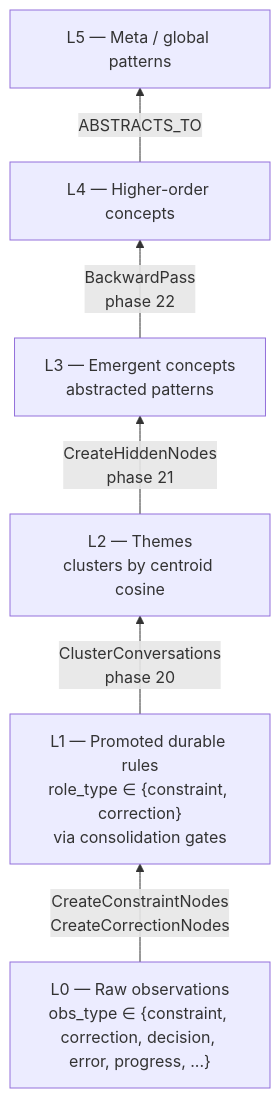
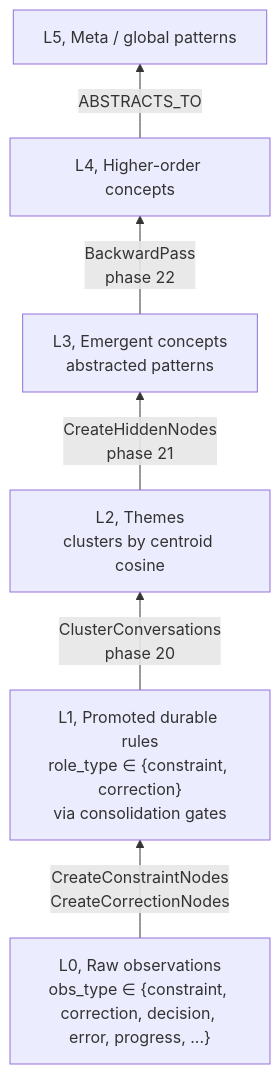
One commit to reh3376/mdemg changed the third of 23 diagrams in docs/onboarding/mdemg-onboarding-deck.md. Above: the diagram before and after it, drawn with Mermaid. The commit also changed other lines of this file and 28 other files, not shown here.

````diff
--- a/docs/onboarding/mdemg-onboarding-deck.md
+++ b/docs/onboarding/mdemg-onboarding-deck.md
@@ -232,14 +232,14 @@
 ```mermaid
 flowchart BT
-  L0["L0 — Raw observations<br/>obs_type ∈ {constraint, correction, decision, error, progress, ...}"]
-  L1["L1 — Promoted durable rules<br/>role_type ∈ {constraint, correction}<br/>via consolidation gates"]
-  L2["L2 — Themes<br/>clusters by centroid cosine"]
-  L3["L3 — Emergent concepts<br/>abstracted patterns"]
-  L4["L4 — Higher-order concepts"]
-  L5["L5 — Meta / global patterns"]
+  L0["L0, Raw observations<br/>obs_type ∈ {constraint, correction, decision, error, progress, ...}"]
+  L1["L1, Promoted durable rules<br/>role_type ∈ {constraint, correction}<br/>via consolidation gates"]
+  L2["L2, Themes<br/>clusters by centroid cosine"]
+  L3["L3, Emergent concepts<br/>abstracted patterns"]
+  L4["L4, Higher-order concepts"]
+  L5["L5, Meta / global patterns"]
   L0 -->|CreateConstraintNodes<br/>CreateCorrectionNodes| L1
   L1 -->|ClusterConversations<br/>phase 20| L2
   L2 -->|CreateHiddenNodes<br/>phase 21| L3
   L3 -->|BackwardPass<br/>phase 22| L4
   L4 -->|ABSTRACTS_TO| L5
 ```
````
